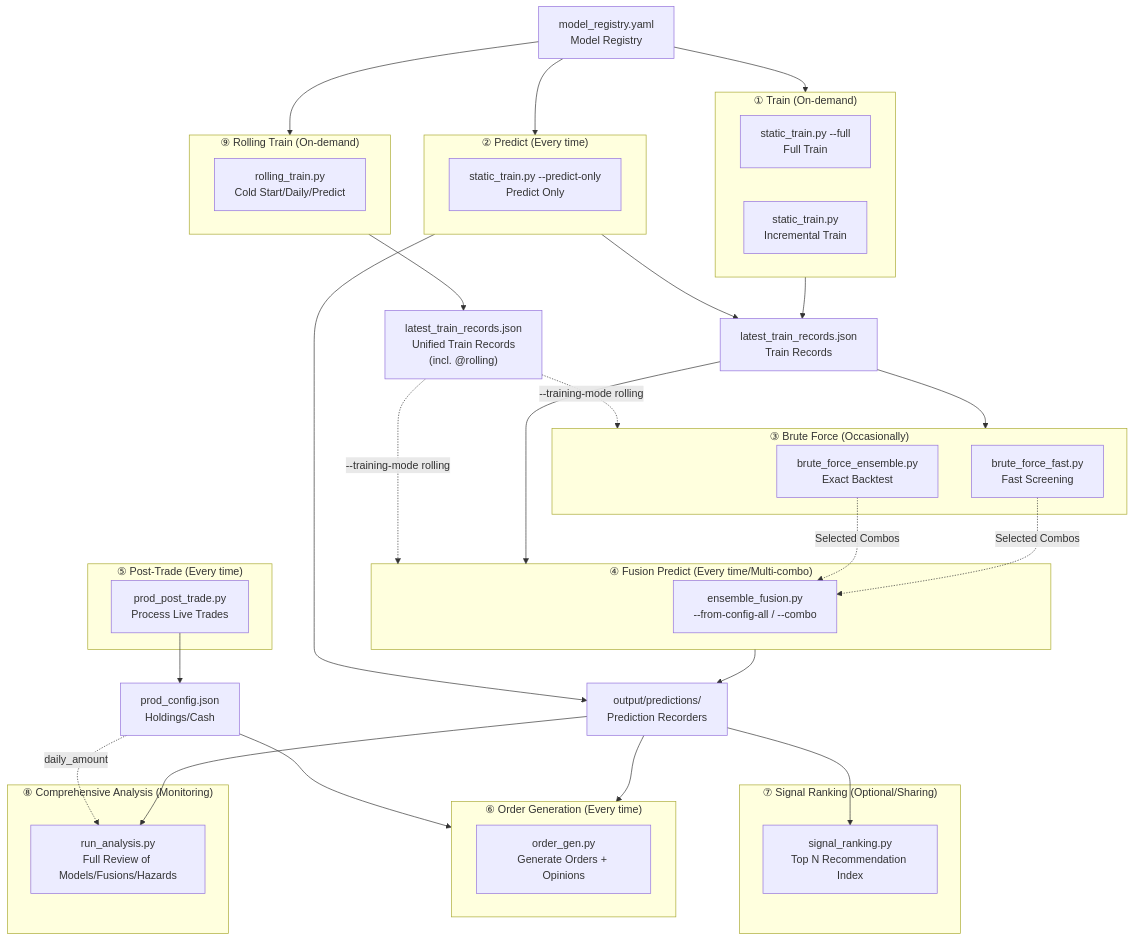
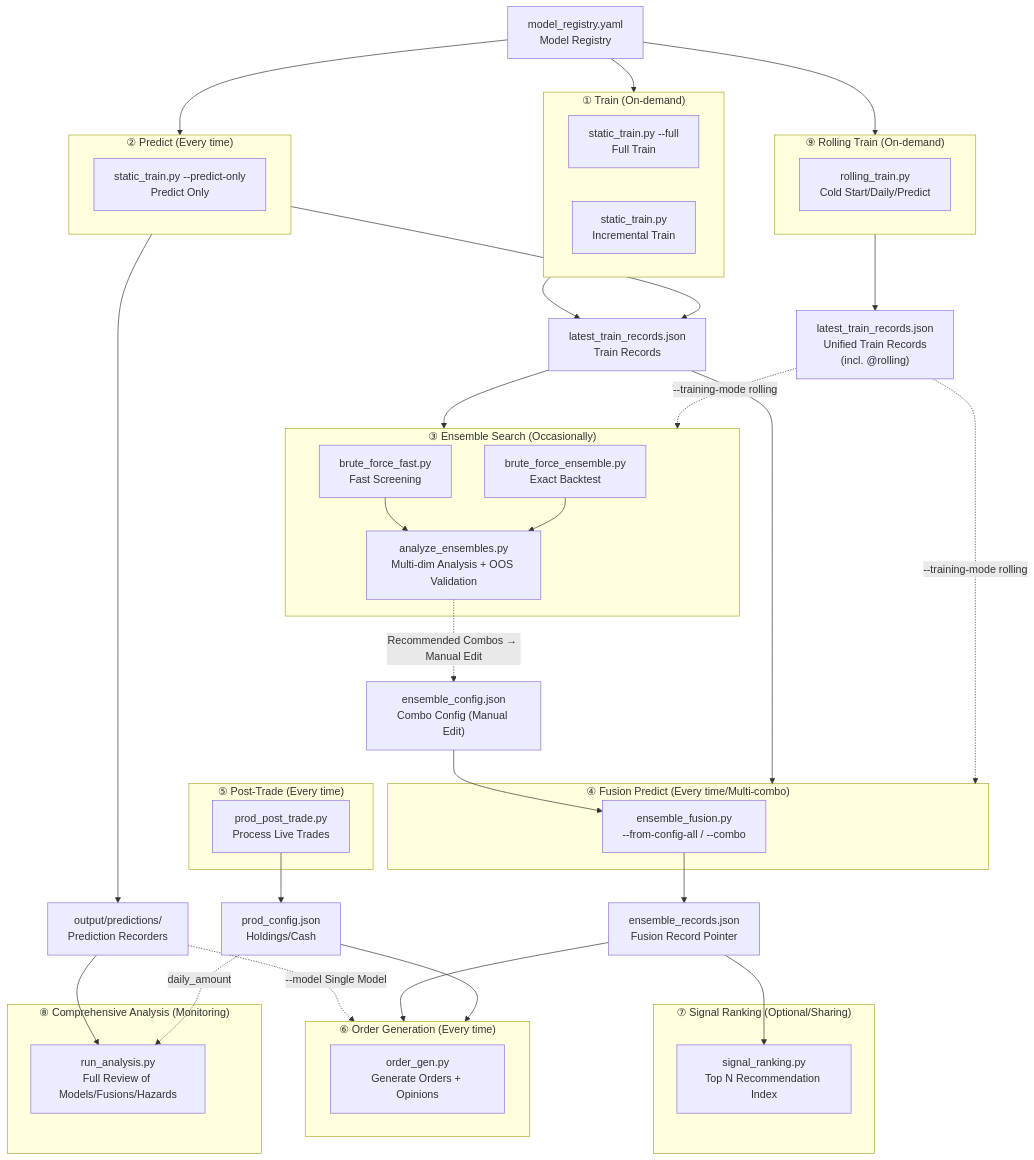
One commit to HalcyonByh/QuantPits changed the diagram in docs/en/00_SYSTEM_OVERVIEW.md. Above: the diagram before and after it, drawn with Mermaid. The commit also changed other lines of this file and 11 other files, not shown here.

````diff
--- a/docs/en/00_SYSTEM_OVERVIEW.md
+++ b/docs/en/00_SYSTEM_OVERVIEW.md
@@ -44,67 +44,74 @@
 ```mermaid
 flowchart TB
     subgraph TRAIN["① Train (On-demand)"]
         TP["static_train.py --full<br/>Full Train"]
         IT["static_train.py<br/>Incremental Train"]
     end
 
     subgraph ROLLING["⑨ Rolling Train (On-demand)"]
         RT["rolling_train.py<br/>Cold Start/Daily/Predict"]
     end
 
     subgraph PREDICT["② Predict (Every time)"]
         PO["static_train.py --predict-only<br/>Predict Only"]
     end
 
-    subgraph BRUTEFORCE["③ Brute Force (Occasionally)"]
+    subgraph SEARCH["③ Ensemble Search (Occasionally)"]
         BF["brute_force_ensemble.py<br/>Exact Backtest"]
         BFF["brute_force_fast.py<br/>Fast Screening"]
+        AE["analyze_ensembles.py<br/>Multi-dim Analysis + OOS Validation"]
     end
+
+    EC["ensemble_config.json<br/>Combo Config (Manual Edit)"]
 
     subgraph FUSION["④ Fusion Predict (Every time/Multi-combo)"]
         EF["ensemble_fusion.py<br/>--from-config-all / --combo"]
     end
 
     subgraph POSTTRADE["⑤ Post-Trade (Every time)"]
         PT["prod_post_trade.py<br/>Process Live Trades"]
     end
 
     subgraph ORDERGEN["⑥ Order Generation (Every time)"]
         OG["order_gen.py<br/>Generate Orders + Opinions"]
     end
 
     subgraph SIGNAL["⑦ Signal Ranking (Optional/Sharing)"]
         SR["signal_ranking.py<br/>Top N Recommendation Index"]
     end
 
     subgraph ANALYSIS["⑧ Comprehensive Analysis (Monitoring)"]
         AN["run_analysis.py<br/>Full Review of Models/Fusions/Hazards"]
     end
 
     REG["model_registry.yaml<br/>Model Registry"]
     LTR["latest_train_records.json<br/>Train Records"]
     LRR["latest_train_records.json<br/>Unified Train Records<br/>(incl. @rolling)"]
     PRED_REC["output/predictions/<br/>Prediction Recorders"]
+    ER["ensemble_records.json<br/>Fusion Record Pointer"]
     WC["prod_config.json<br/>Holdings/Cash"]
 
     REG --> TRAIN
     REG --> PREDICT
     REG --> ROLLING
     TRAIN --> LTR
     PREDICT --> LTR
     ROLLING --> LRR
-    LTR --> BRUTEFORCE
+    LTR --> SEARCH
     LTR --> FUSION
-    LRR -.->|--training-mode rolling| BRUTEFORCE
+    LRR -.->|--training-mode rolling| SEARCH
     LRR -.->|--training-mode rolling| FUSION
-    FUSION --> PRED_REC
+    BFF --> AE
+    BF --> AE
+    AE -.->|Recommended Combos → Manual Edit| EC
+    EC --> EF
     PREDICT --> PRED_REC
-    PRED_REC --> ORDERGEN
-    PRED_REC --> SR
+    PRED_REC -.->|--model Single Model| ORDERGEN
     PRED_REC --> AN
+    EF --> ER
+    ER --> ORDERGEN
+    ER --> SR
     PT --> WC
     WC --> ORDERGEN
     WC -.->|daily_amount| AN
-    BFF -.->|Selected Combos| EF
-    BF -.->|Selected Combos| EF
 ```
````
